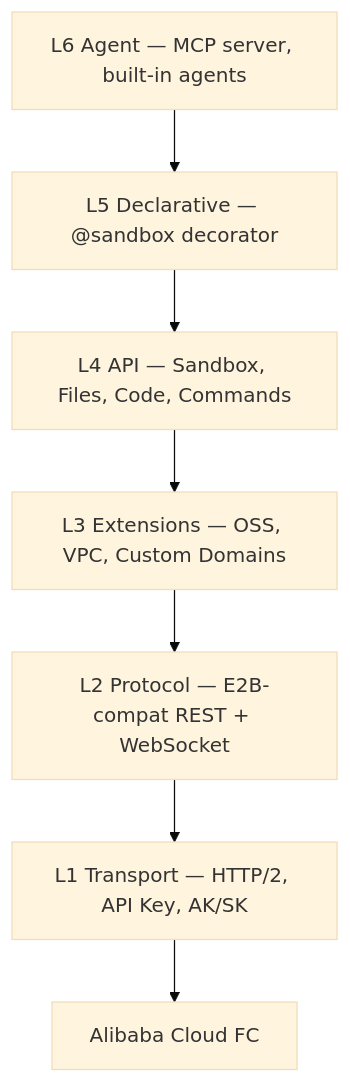
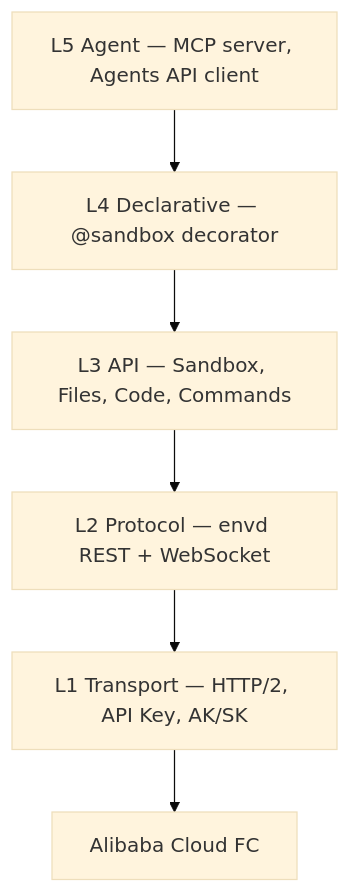
Before and after one commit to Alibaba-Agent-Sandbox/python-sdk: the diagram in README.md, drawn with Mermaid (base theme). The commit also changed other lines of this file and 819 other files, not shown here.

Commit message:
Publish the Agent Sandbox Python SDK: one endpoint table, one policy engine, and the runtime client.

````diff
--- a/README.md
+++ b/README.md
@@ -148,12 +133,11 @@
 ```mermaid
 graph TB
-    L6["L6 Agent — MCP server, built-in agents"]
-    L5["L5 Declarative — @sandbox decorator"]
-    L4["L4 API — Sandbox, Files, Code, Commands"]
-    L3["L3 Extensions — OSS, VPC, Custom Domains"]
-    L2["L2 Protocol — E2B-compat REST + WebSocket"]
+    L5["L5 Agent — MCP server, Agents API client"]
+    L4["L4 Declarative — @sandbox decorator"]
+    L3["L3 API — Sandbox, Files, Code, Commands"]
+    L2["L2 Protocol — envd REST + WebSocket"]
     L1["L1 Transport — HTTP/2, API Key, AK/SK"]
     GW["Alibaba Cloud FC"]
 
-    L6 --> L5 --> L4 --> L3 --> L2 --> L1 --> GW
+    L5 --> L4 --> L3 --> L2 --> L1 --> GW
 ```
````
